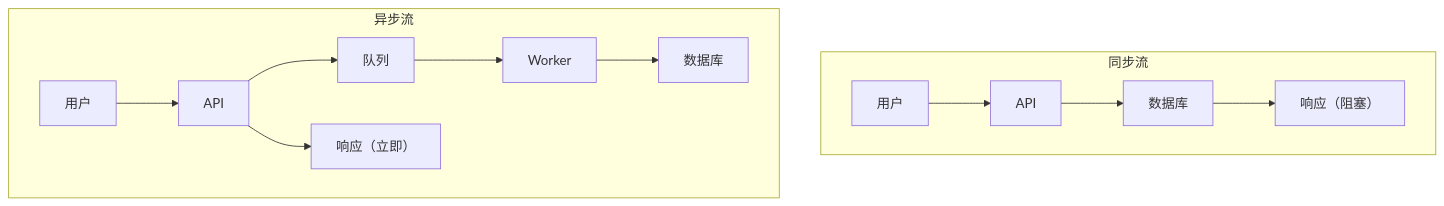
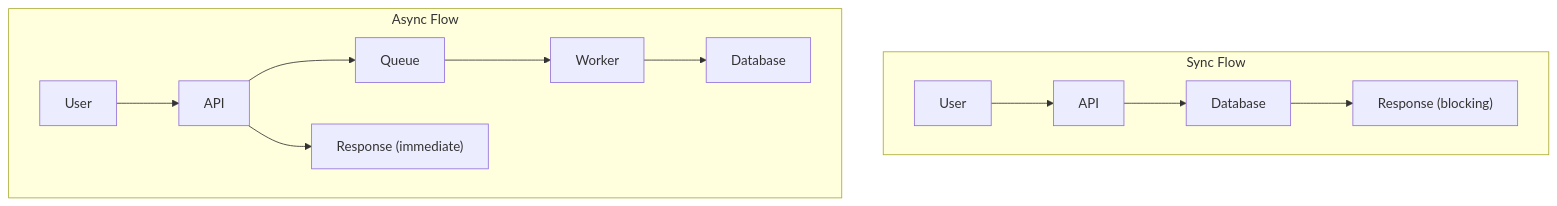
One commit to Kirky-X/diting changed the first of 3 diagrams in references/architecture/architecture-anti-patterns.md. Above: the diagram before and after it, drawn with Mermaid. The commit also changed other lines of this file and 78 other files, not shown here.

````diff
--- a/references/architecture/architecture-anti-patterns.md
+++ b/references/architecture/architecture-anti-patterns.md
@@ -85,15 +85,15 @@
 ```mermaid
 flowchart TD
-    subgraph Sync["同步流"]
-        SUser["用户"] --> SAPI["API"]
-        SAPI --> SDB["数据库"]
-        SDB --> SResp["响应（阻塞）"]
+    subgraph Sync["Sync Flow"]
+        SUser["User"] --> SAPI["API"]
+        SAPI --> SDB["Database"]
+        SDB --> SResp["Response (blocking)"]
     end
-    subgraph Async["异步流"]
-        AUser["用户"] --> AAPI["API"]
-        AAPI --> AQueue["队列"]
-        AAPI --> AResp["响应（立即）"]
+    subgraph Async["Async Flow"]
+        AUser["User"] --> AAPI["API"]
+        AAPI --> AQueue["Queue"]
+        AAPI --> AResp["Response (immediate)"]
         AQueue --> AWorker["Worker"]
-        AWorker --> ADB["数据库"]
+        AWorker --> ADB["Database"]
     end
 ```
````
